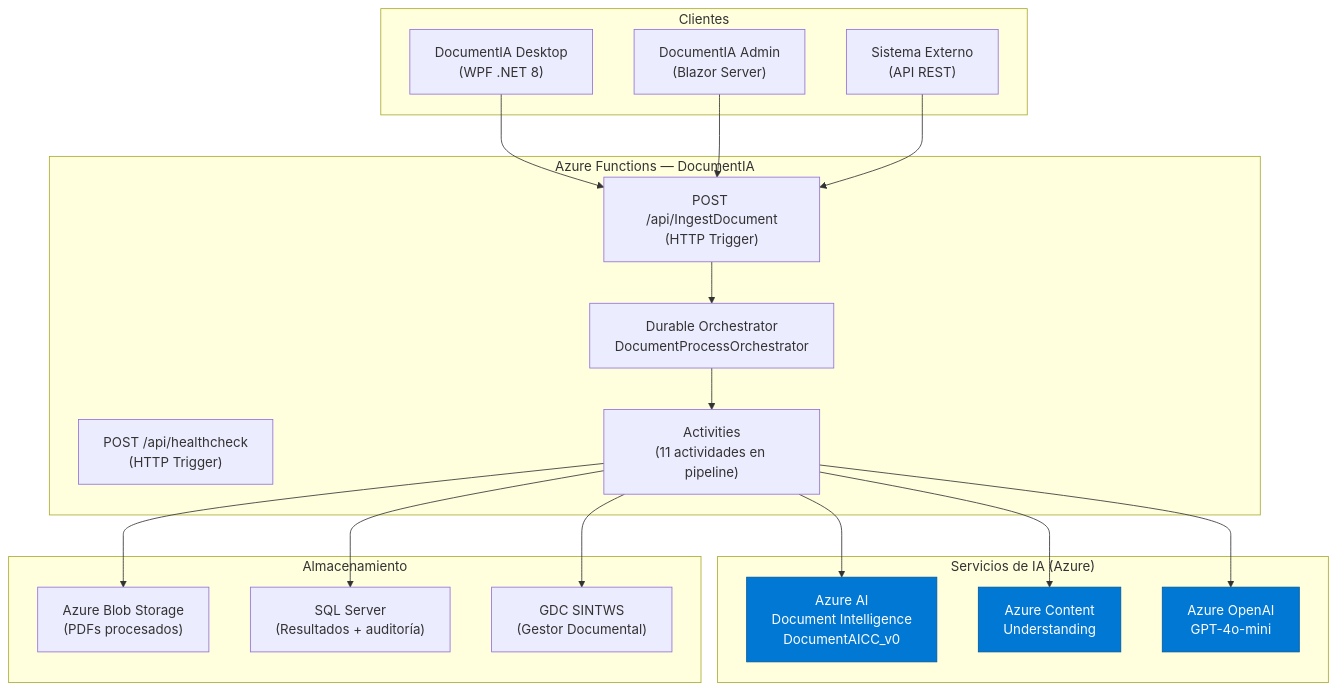
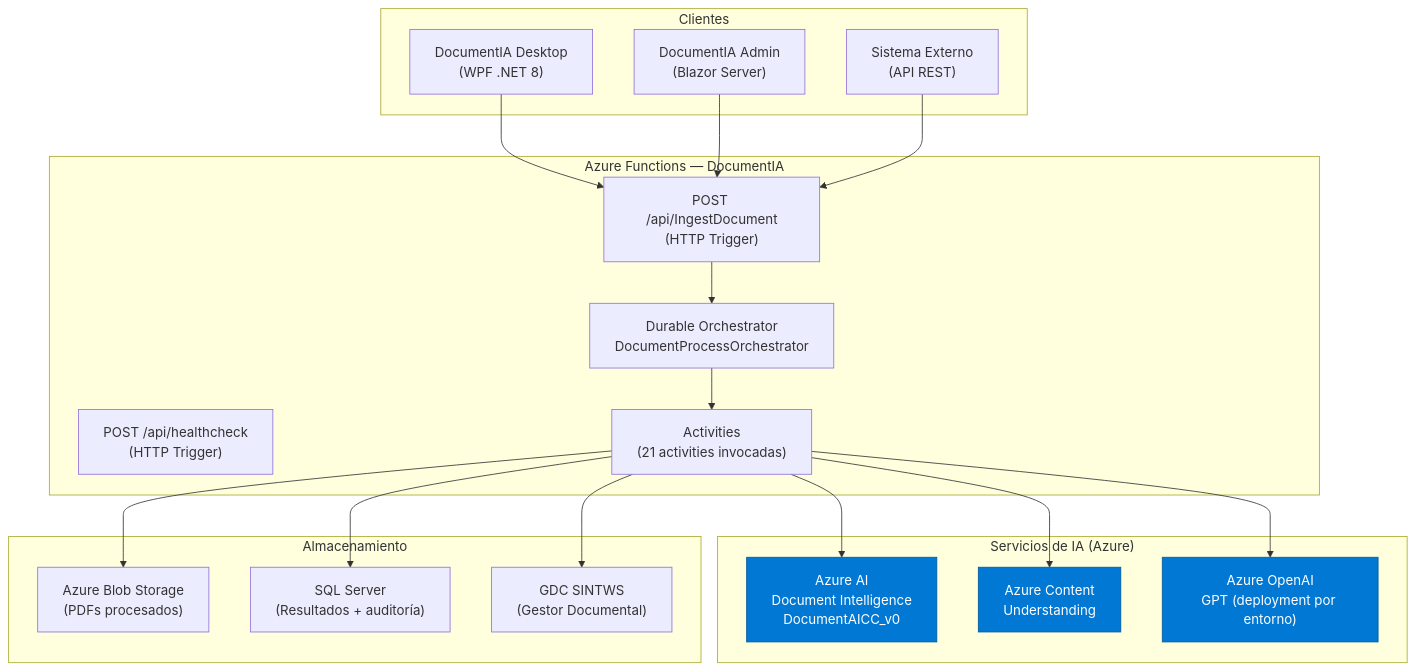
Before and after one commit to nvcrisologo02/AI-DocClassExt: the ninth of 9 diagrams in docs/guias/GUIA_CLASIFICACION_DOCUMENTOS.md, drawn with Mermaid. The commit also changed other lines of this file and 10 other files, not shown here.

````diff
--- a/docs/guias/GUIA_CLASIFICACION_DOCUMENTOS.md
+++ b/docs/guias/GUIA_CLASIFICACION_DOCUMENTOS.md
@@ -1762,41 +1779,41 @@
 ```mermaid
 flowchart TB
     subgraph Clientes["Clientes"]
         DESKTOP["DocumentIA Desktop\n(WPF .NET 8)"]
         ADMIN["DocumentIA Admin\n(Blazor Server)"]
         API_EXT["Sistema Externo\n(API REST)"]
     end
 
     subgraph Functions["Azure Functions — DocumentIA"]
         TRIGGER["POST /api/IngestDocument\n(HTTP Trigger)"]
         HEALTH["POST /api/healthcheck\n(HTTP Trigger)"]
         ORCH["Durable Orchestrator\nDocumentProcessOrchestrator"]
-        ACTS["Activities\n(11 actividades en pipeline)"]
+        ACTS["Activities\n(21 activities invocadas)"]
     end
 
     subgraph AIServices["Servicios de IA (Azure)"]
         DI["Azure AI\nDocument Intelligence\nDocumentAICC_v0"]
         CU["Azure Content\nUnderstanding"]
-        GPT["Azure OpenAI\nGPT-4o-mini"]
+        GPT["Azure OpenAI\nGPT (deployment por entorno)"]
     end
 
     subgraph Storage["Almacenamiento"]
         BLOB["Azure Blob Storage\n(PDFs procesados)"]
         SQL["SQL Server\n(Resultados + auditoría)"]
         GDC["GDC SINTWS\n(Gestor Documental)"]
     end
 
     DESKTOP & ADMIN & API_EXT --> TRIGGER
     TRIGGER --> ORCH
     ORCH --> ACTS
     ACTS --> DI
     ACTS --> CU
     ACTS --> GPT
     ACTS --> BLOB
     ACTS --> SQL
     ACTS --> GDC
 
     style DI fill:#0078D4,stroke:#005A9E,color:#fff
     style CU fill:#0078D4,stroke:#005A9E,color:#fff
     style GPT fill:#0078D4,stroke:#005A9E,color:#fff
 ```
````
